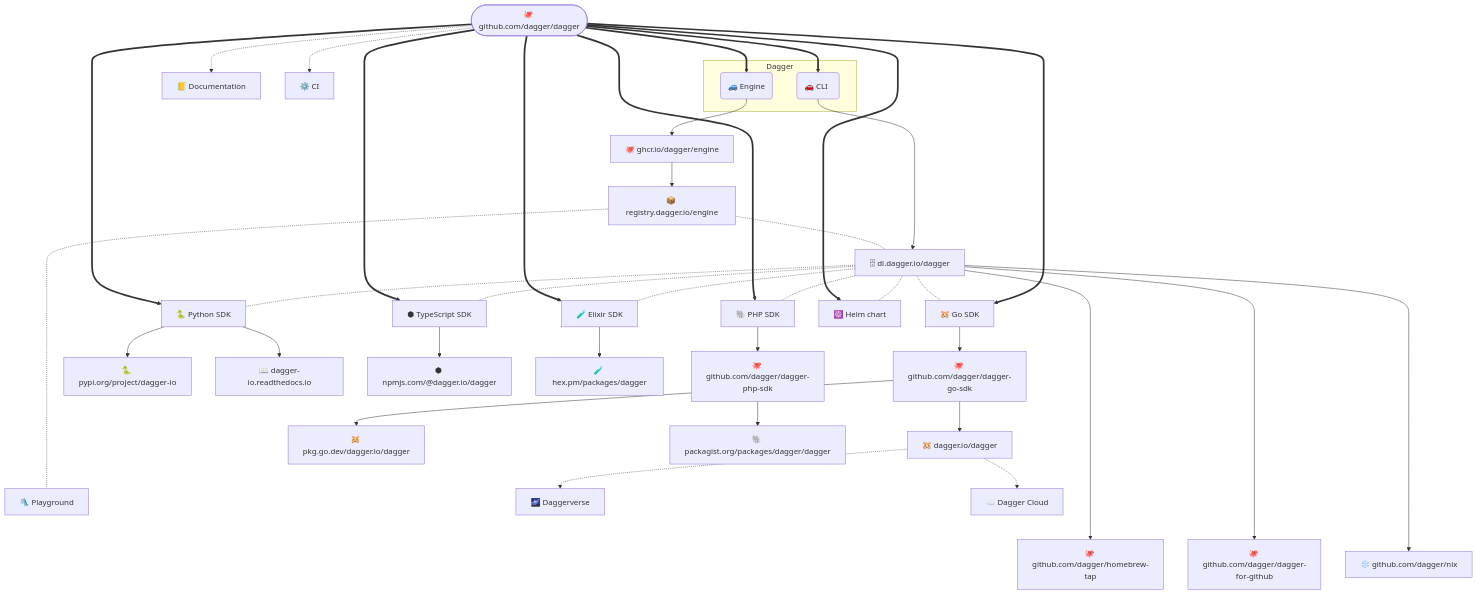
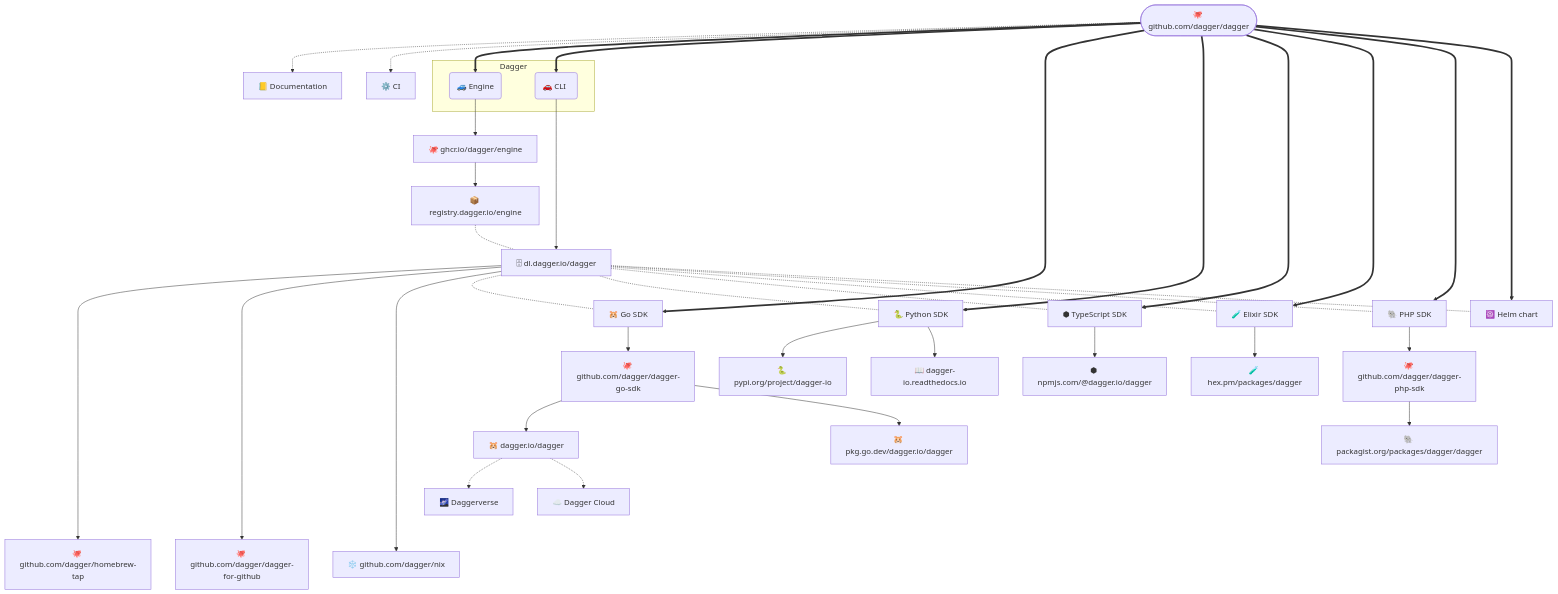
One commit to dagger/dagger changed the diagram in RELEASING.md. Above: the diagram before and after it, drawn with Mermaid. The commit also changed other lines of this file, not shown here.

````diff
--- a/RELEASING.md
+++ b/RELEASING.md
@@ -24,59 +23,56 @@
 ```mermaid
 flowchart TB
     repo(["🐙 github.com/dagger/dagger"])
     docs["📒 Documentation"]
     ci["⚙️ CI"]
     repo -.-> docs & ci
 
     subgraph Dagger
         engine("🚙 Engine")
         cli("🚗 CLI &nbsp;")
     end
 
     repo ==> engine & cli
 
     S3["🗄 dl.dagger.io/dagger"]
     brew-tap["🐙 github.com/dagger/homebrew-tap"]
     github-action["🐙 github.com/dagger/dagger-for-github"]
     nix["❄️ github.com/dagger/nix"]
     cli --> S3 ------> brew-tap & github-action & nix
 
     registry["📦 registry.dagger.io/engine"]
     ghcr["🐙 ghcr.io/dagger/engine"]
     engine --> ghcr --> registry
 
     go["🐹 Go SDK"]
     go-repo["🐙 github.com/dagger/dagger-go-sdk"]
     go-pkg["🐹 dagger.io/dagger"]
     go-ref["🐹 pkg.go.dev/dagger.io/dagger"]
-    playground["🛝 Playground"]
     daggerverse["🌌 Daggerverse"]
     cloud["☁️ Dagger Cloud"]
 
     repo ==> go --> go-repo --> go-pkg & go-ref
     go-pkg -.-> daggerverse & cloud
     registry -.- S3 -.- go & python & typescript & elixir & php & helm
-
-    registry -.....- playground
 
     python["🐍 Python SDK"]
     pypi["🐍 pypi.org/project/dagger-io"]
     readthedocs["📖 dagger-io.readthedocs.io"]
     repo ==> python --> pypi & readthedocs
 
     typescript["⬢ TypeScript SDK"]
     npm["⬢ npmjs.com/@dagger.io/dagger"]
     repo ==> typescript --> npm
 
     elixir["🧪 Elixir SDK"]
     hex["🧪 hex.pm/packages/dagger"]
     repo ==> elixir --> hex
 
     php["🐘 PHP SDK"]
     php-repo["🐙 github.com/dagger/dagger-php-sdk"]
     php-pkg["🐘 packagist.org/packages/dagger/dagger"]
     repo ======> php --> php-repo --> php-pkg
 
     helm["☸️ Helm chart"]
     repo ======> helm
 ```
````
